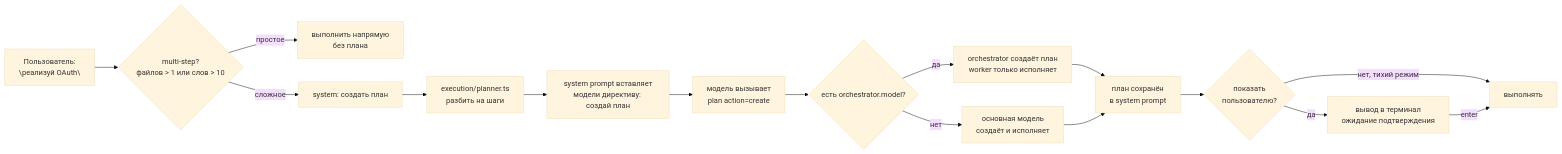
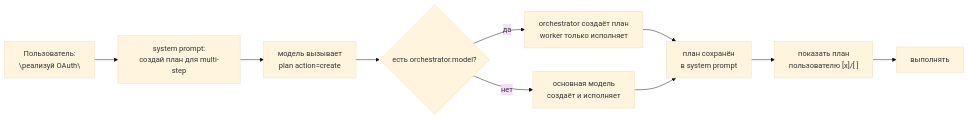
The fourth of 8 diagrams in docs/specs/2025-07-28-mma-v2-design.md (Alexeykoh/micro-model-agent), drawn with Mermaid (base theme) before and after one commit. The commit also changed other lines of this file and 20 other files, not shown here.

````diff
--- a/docs/specs/2025-07-28-mma-v2-design.md
+++ b/docs/specs/2025-07-28-mma-v2-design.md
@@ -698,23 +703,16 @@
 ```mermaid
 flowchart LR
     TASK["Пользователь:<br/>\"реализуй OAuth\""] 
-    TASK --> HEURISTIC{"multi-step?<br/>файлов > 1 или слов > 10"}
-    HEURISTIC -->|простое| NO_PLAN["выполнить напрямую<br/>без плана"]
-    HEURISTIC -->|сложное| CREATE["system: создать план"]
-    
-    CREATE --> BUILD["execution/planner.ts<br/>разбить на шаги"]
-    BUILD --> PROMPT["system prompt вставляет<br/>модели директиву: создай план"]
+    TASK --> PROMPT["system prompt:<br/>создай план для multi-step"]
     PROMPT --> MODEL_CREATE["модель вызывает<br/>plan action=create"]
     
     MODEL_CREATE --> ORCH_OR_DIRECT{"есть orchestrator.model?"}
     ORCH_OR_DIRECT -->|да| ORCH["orchestrator создаёт план<br/>worker только исполняет"]
     ORCH_OR_DIRECT -->|нет| WORKER["основная модель<br/>создаёт и исполняет"]
     
     ORCH --> SAVE["план сохранён<br/>в system prompt"]
     WORKER --> SAVE
     
-    SAVE --> CONFIRM{"показать<br/>пользователю?"}
-    CONFIRM -->|да| SHOW_USER["вывод в терминал<br/>ожидание подтверждения"]
-    CONFIRM -->|нет, тихий режим| EXEC["выполнять"]
-    SHOW_USER -->|enter| EXEC
+    SAVE --> SHOW_USER["показать план<br/>пользователю [x]/[ ]"]
+    SHOW_USER --> EXEC["выполнять"]
 ```
````
